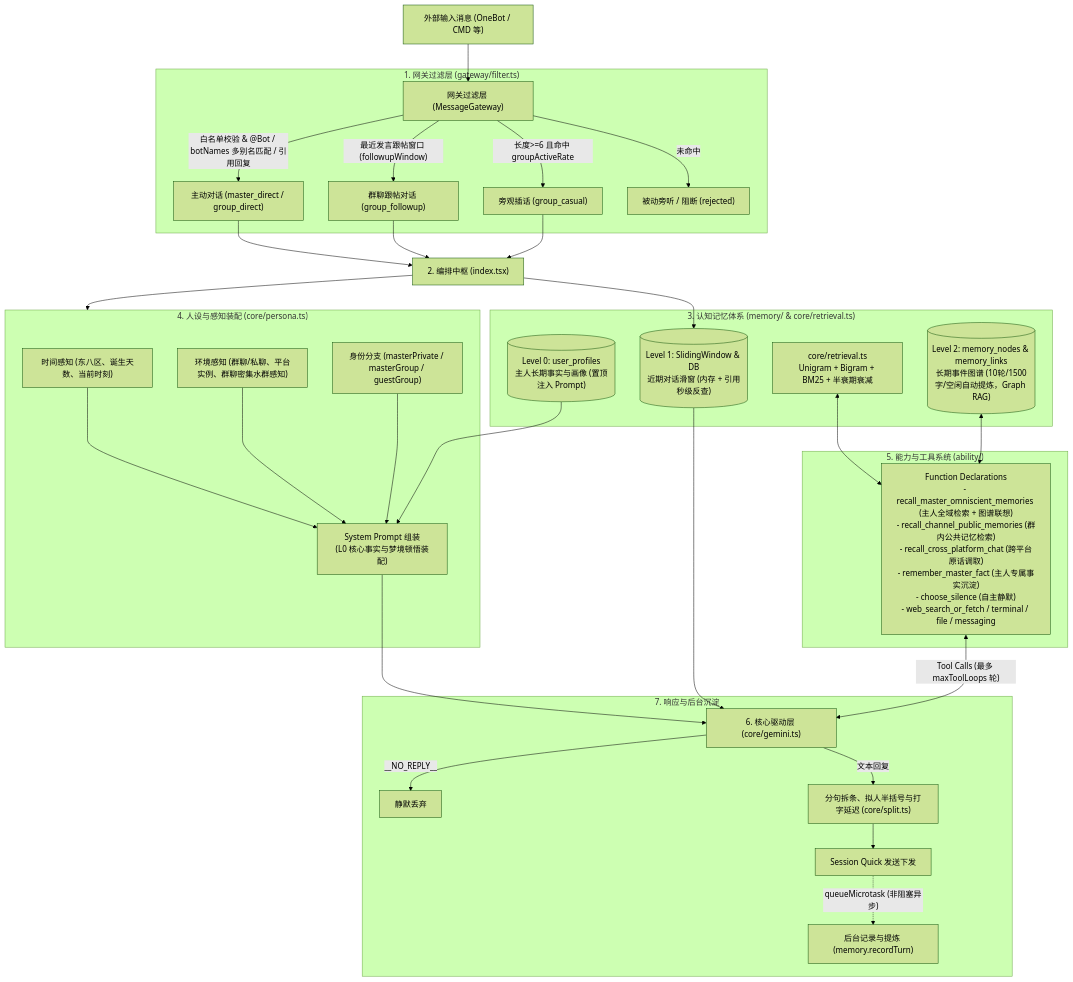
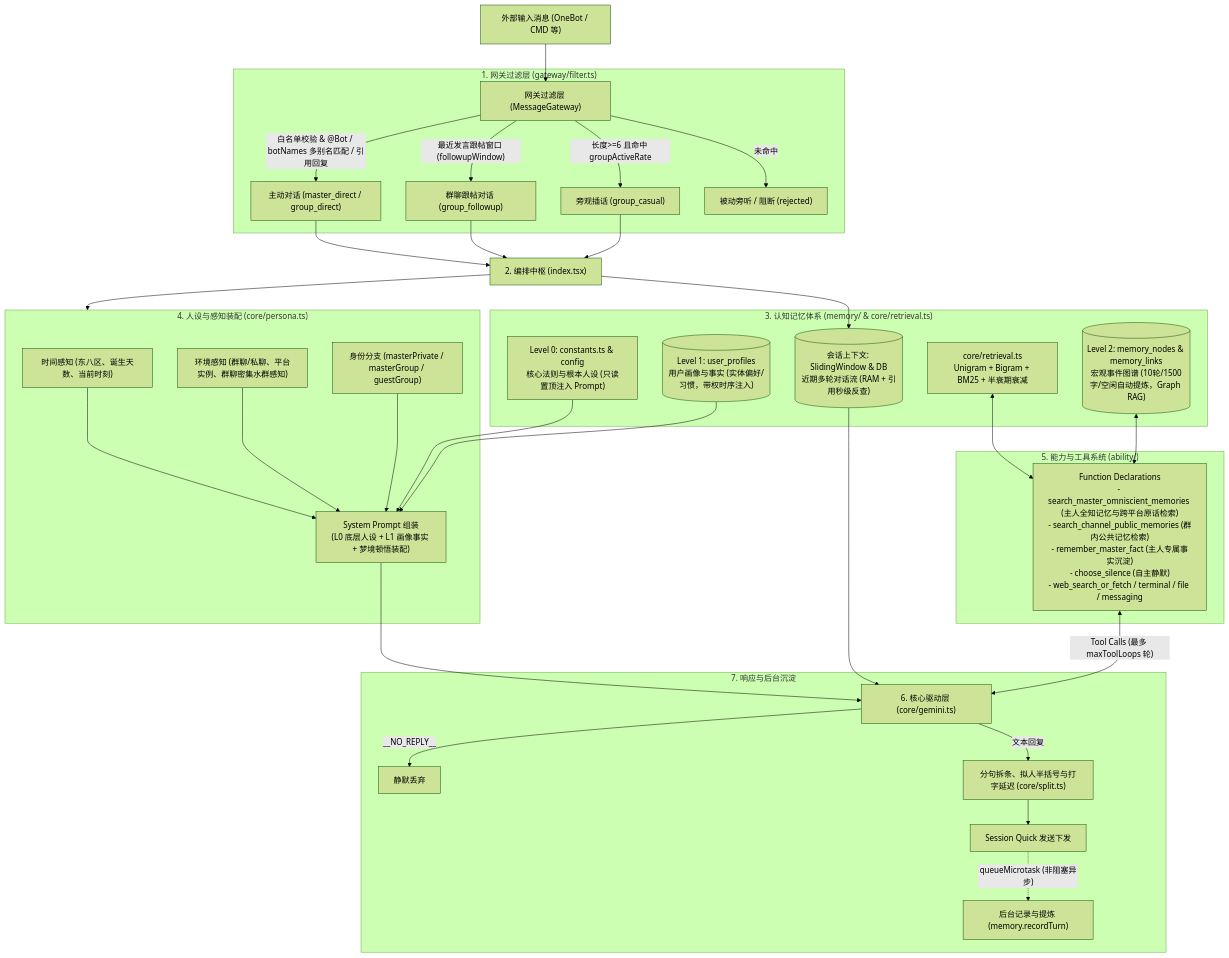
Before and after one commit to biyuehu/animaone: the diagram in README.md, drawn with Mermaid (forest theme). The commit also changed other lines of this file and 3 other files, not shown here.

Commit message:
docs: align architecture documentation with three-tier memory model

````diff
--- a/README.md
+++ b/README.md
@@ -9,54 +9,56 @@
 ```mermaid
 flowchart TD
     Msg["外部输入消息 (OneBot / CMD 等)"] --> GW["网关过滤层 (MessageGateway)"]
 
     subgraph Gateway["1. 网关过滤层 (gateway/filter.ts)"]
         GW -->|"白名单校验 & @Bot / botNames 多别名匹配 / 引用回复"| Direct["主动对话 (master_direct / group_direct)"]
         GW -->|"最近发言跟帖窗口 (followupWindow)"| Followup["群聊跟帖对话 (group_followup)"]
         GW -->|"长度>=6 且命中 groupActiveRate"| Casual["旁观插话 (group_casual)"]
         GW -->|"未命中"| Reject["被动旁听 / 阻断 (rejected)"]
     end
 
     Direct --> Core["2. 编排中枢 (index.tsx)"]
     Followup --> Core
     Casual --> Core
 
     subgraph MemoryLayer["3. 认知记忆体系 (memory/ & core/retrieval.ts)"]
-        L0[("Level 0: user_profiles<br/>主人长期事实与画像 (置顶注入 Prompt)")]
-        L1[("Level 1: SlidingWindow & DB<br/>近期对话滑窗 (内存 + 引用秒级反查)")]
-        L2[("Level 2: memory_nodes & memory_links<br/>长期事件图谱 (10轮/1500字/空闲自动提炼，Graph RAG)")]
+        L0["Level 0: constants.ts & config<br/>核心法则与根本人设 (只读置顶注入 Prompt)"]
+        L1[("Level 1: user_profiles<br/>用户画像与事实 (实体偏好/习惯，带权时序注入)")]
+        L2[("Level 2: memory_nodes & memory_links<br/>宏观事件图谱 (10轮/1500字/空闲自动提炼，Graph RAG)")]
+        SessionContext[("会话上下文: SlidingWindow & DB<br/>近期多轮对话流 (RAM + 引用秒级反查)")]
         BM25["core/retrieval.ts<br/>Unigram + Bigram + BM25 + 半衰期衰减"]
     end
 
     subgraph Persona["4. 人设与感知装配 (core/persona.ts)"]
         SysTime["时间感知 (东八区、诞生天数、当前时刻)"]
         Env["环境感知 (群聊/私聊、平台实例、群聊密集水群感知)"]
         Identity["身份分支 (masterPrivate / masterGroup / guestGroup)"]
-        Prompt["System Prompt 组装<br/>(L0 核心事实与梦境顿悟装配)"]
+        Prompt["System Prompt 组装<br/>(L0 底层人设 + L1 画像事实 + 梦境顿悟装配)"]
 
         SysTime --> Prompt
         Env --> Prompt
         Identity --> Prompt
         L0 --> Prompt
+        L1 --> Prompt
     end
 
     Core --> Persona
-    Core --> L1
+    Core --> SessionContext
 
     subgraph Ability["5. 能力与工具系统 (ability/)"]
-        Tools["Function Declarations<br/>- recall_master_omniscient_memories (主人全域检索 + 图谱联想)<br/>- recall_channel_public_memories (群内公共记忆检索)<br/>- recall_cross_platform_chat (跨平台原话调取)<br/>- remember_master_fact (主人专属事实沉淀)<br/>- choose_silence (自主静默)<br/>- web_search_or_fetch / terminal / file / messaging"]
+        Tools["Function Declarations<br/>- search_master_omniscient_memories (主人全知记忆与跨平台原话检索)<br/>- search_channel_public_memories (群内公共记忆检索)<br/>- remember_master_fact (主人专属事实沉淀)<br/>- choose_silence (自主静默)<br/>- web_search_or_fetch / terminal / file / messaging"]
     end
 
     Prompt --> Gemini["6. 核心驱动层 (core/gemini.ts)"]
-    L1 --> Gemini
+    SessionContext --> Gemini
     Tools <-->|"Tool Calls (最多 maxToolLoops 轮)"| Gemini
     BM25 <--> Tools
     L2 <--> Tools
 
     subgraph Output["7. 响应与后台沉淀"]
         Gemini -->|"__NO_REPLY__"| Drop["静默丢弃"]
         Gemini -->|"文本回复"| Split["分句拆条、拟人半括号与打字延迟 (core/split.ts)"]
         Split --> Session["Session Quick 发送下发"]
         Session -.->|"queueMicrotask (非阻塞异步)"| Record["后台记录与提炼 (memory.recordTurn)"]
     end
 ```
````
